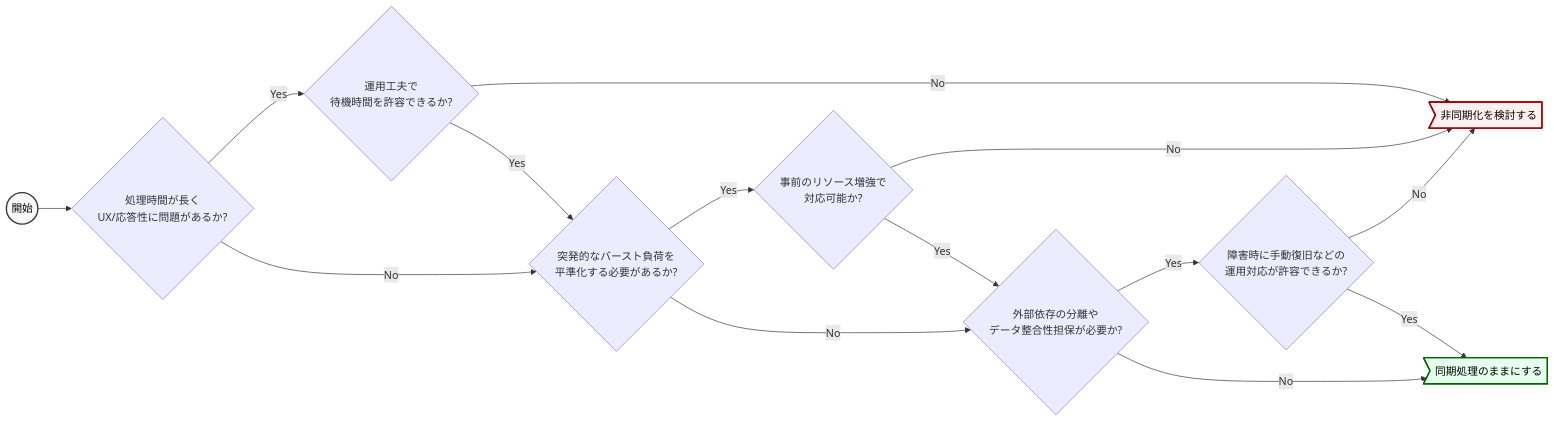
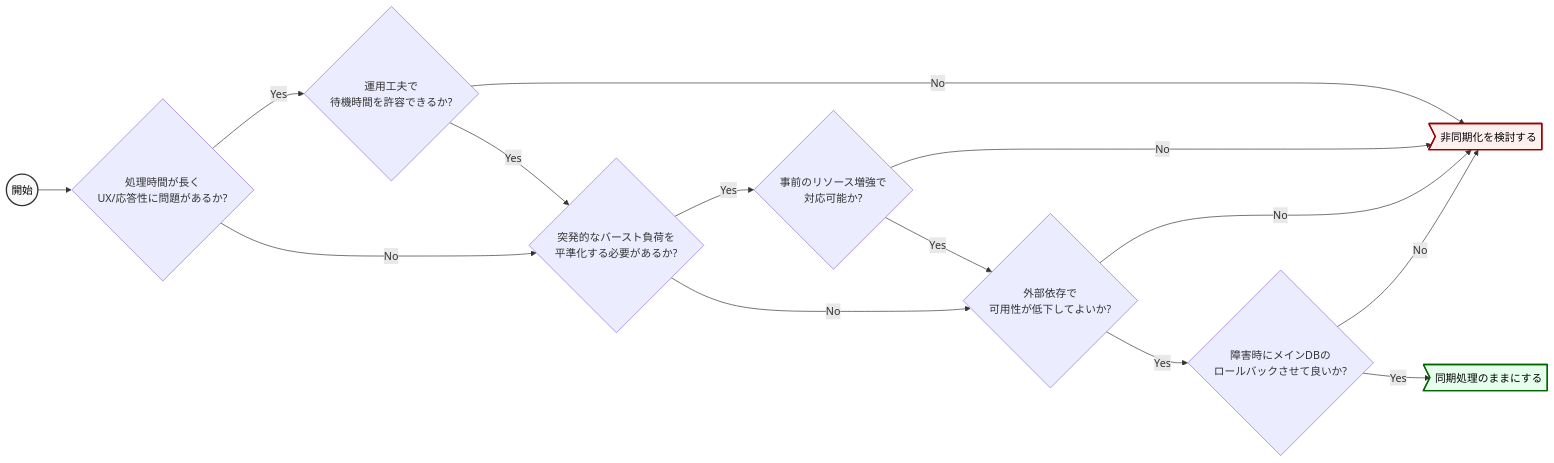
Before and after one commit to future-architect/arch-guidelines: the second of 13 diagrams in documents/forAsync/async_guidelines.md, drawn with Mermaid. The commit also changed other lines of this file, not shown here.

Commit message:
非同期設計ガイドライン: 非同期の選定フローの文言調整

````diff
--- a/documents/forAsync/async_guidelines.md
+++ b/documents/forAsync/async_guidelines.md
@@ -80,27 +80,27 @@
 ```mermaid
 graph LR
     Start((開始)) --> Q1{処理時間が長く<br>UX/応答性に問題があるか?}
 
     %% 処理時間と応答性の判断
     Q1 -- Yes --> C1{運用工夫で<br>待機時間を許容できるか?}
     C1 -- No --> Async>非同期化を検討する]
     C1 -- Yes --> Q2
     Q1 -- No --> Q2{突発的なバースト負荷を<br>平準化する必要があるか?}
 
     %% 負荷の平準化の判断
     Q2 -- Yes --> C2{事前のリソース増強で<br>対応可能か?}
     C2 -- No --> Async
     C2 -- Yes --> Q3
-    Q2 -- No --> Q3{外部依存の分離や<br>データ整合性担保が必要か?}
+    Q2 -- No --> Q3{外部依存で<br>可用性が低下してよいか?}
 
     %% レジリエンスの判断
-    Q3 -- Yes --> C3{障害時に手動復旧などの<br>運用対応が許容できるか?}
+    Q3 -- No --> Async
+    Q3 -- Yes --> C3{障害時にメインDBの<br>ロールバックさせて良いか?}
     C3 -- No --> Async
     C3 -- Yes --> Sync>同期処理のままにする]
-    Q3 -- No --> Sync
 
     %% Style Definitions
     style Sync fill:#e6ffed,stroke:#006600,stroke-width:2px,color:#000000
     style Async fill:#fff0f0,stroke:#990000,stroke-width:2px,color:#000000
     style Start fill:#f9f9f9,stroke:#333,stroke-width:2px,color:#000000
 ```
````
